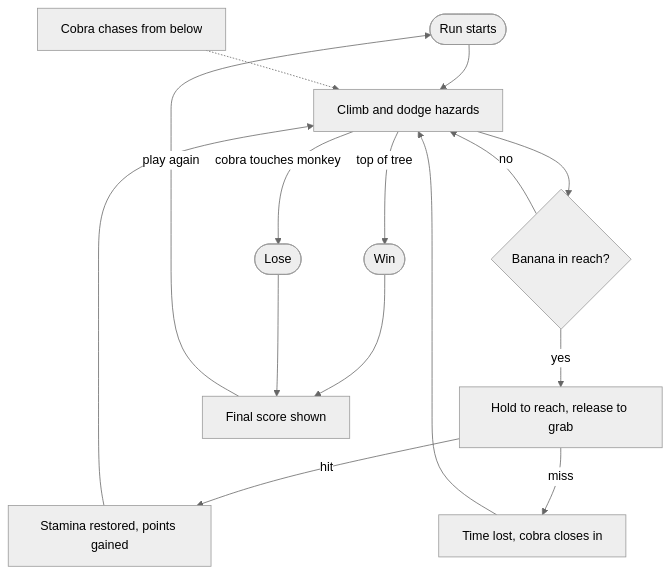
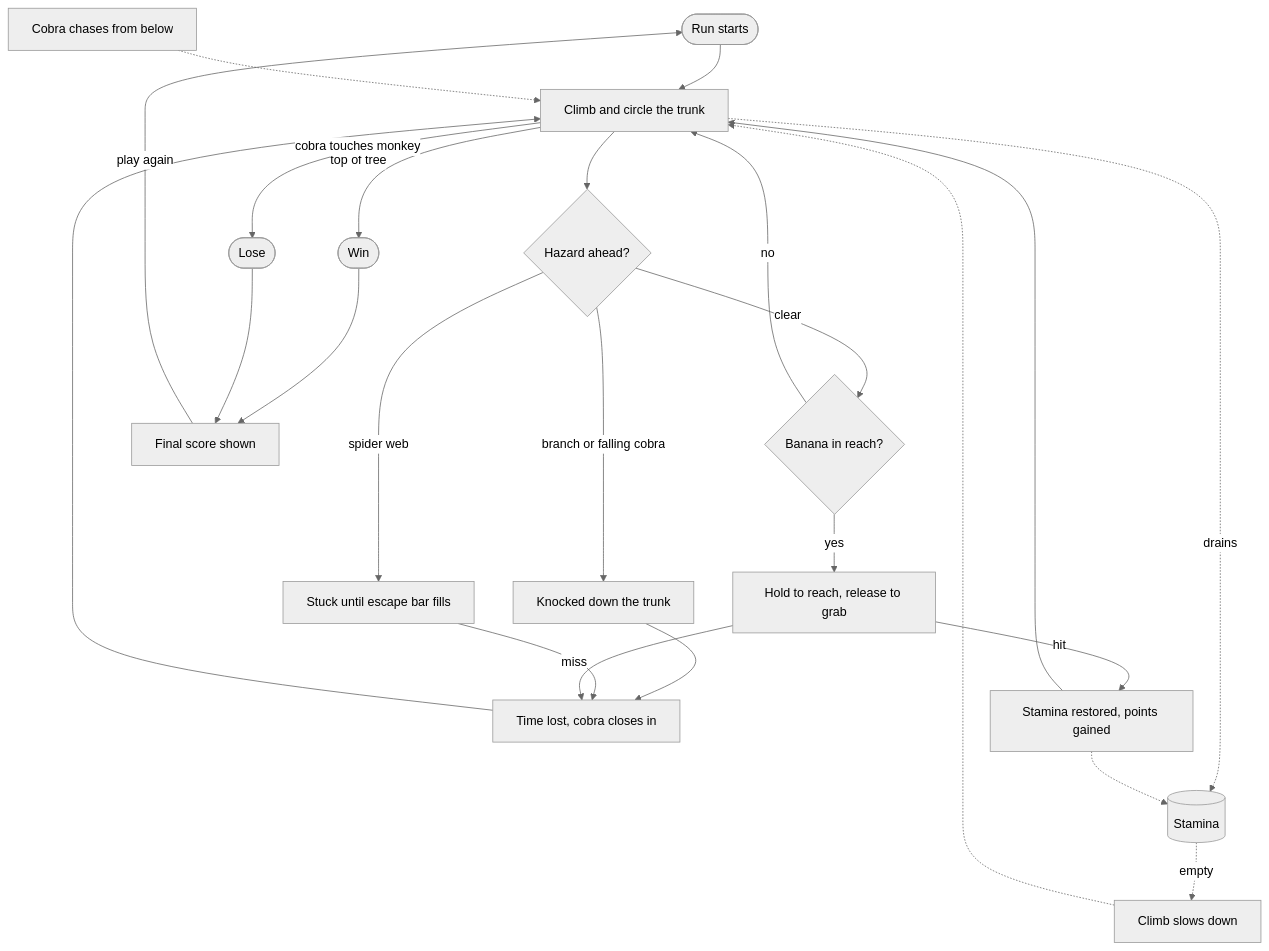
The diagram in docs/gameplay-loop-doc.md (CSCI-526/Team4-Lu_Lu), drawn with Mermaid (neutral theme) before and after one commit. The commit also changed other lines of this file and 2 other files, not shown here.

Commit message:
add gameplay-loop doc to CONTEXT & README cross-links; expand loop diagram w/ hazard branch & stamina drain
docs now route to gameplay-loop-doc.md alongside mob/grab/balance docs; diagram itself splits hazard outcomes (hit/stuck) from banana grab, and ties stamina as a tracked resource feeding climb speed

🤖`CONTEXT.md` reference new Gameplay Loop doc in agent instructions
🔰`README.md` add Gameplay Loop doc ref to README overview
📖`gameplay-loop-doc.md` expand gameplay loop diagram w/ hazard branches & stamina mechanic

````diff
--- a/docs/gameplay-loop-doc.md
+++ b/docs/gameplay-loop-doc.md
@@ -7,19 +7,30 @@
 ```mermaid
 graph TD
-  Start([Run starts]) --> Climb[Climb and dodge hazards]
+  Start([Run starts]) --> Climb[Climb and circle the trunk]
   Cobra[Cobra chases from below] -.-> Climb
+  Climb -.->|drains| Stamina[(Stamina)]
 
-  Climb --> Banana{Banana in reach?}
+  Climb --> Hazard{Hazard ahead?}
+  Hazard -->|branch or falling cobra| Hit[Knocked down the trunk]
+  Hazard -->|spider web| Stuck[Stuck until escape bar fills]
+  Hit --> Cost[Time lost, cobra closes in]
+  Stuck --> Cost
+  Cost --> Climb
+
+  Hazard -->|clear| Banana{Banana in reach?}
   Banana -->|no| Climb
   Banana -->|yes| Grab[Hold to reach, release to grab]
   Grab -->|hit| Restore[Stamina restored, points gained]
-  Grab -->|miss| Lost[Time lost, cobra closes in]
+  Grab -->|miss| Cost
+  Restore -.-> Stamina
   Restore --> Climb
-  Lost --> Climb
+
+  Stamina -.->|empty| Slow[Climb slows down]
+  Slow -.-> Climb
 
   Climb -->|top of tree| Win([Win])
   Climb -->|cobra touches monkey| Lose([Lose])
   Win --> Result[Final score shown]
   Lose --> Result
   Result -->|play again| Start
 ```
````
